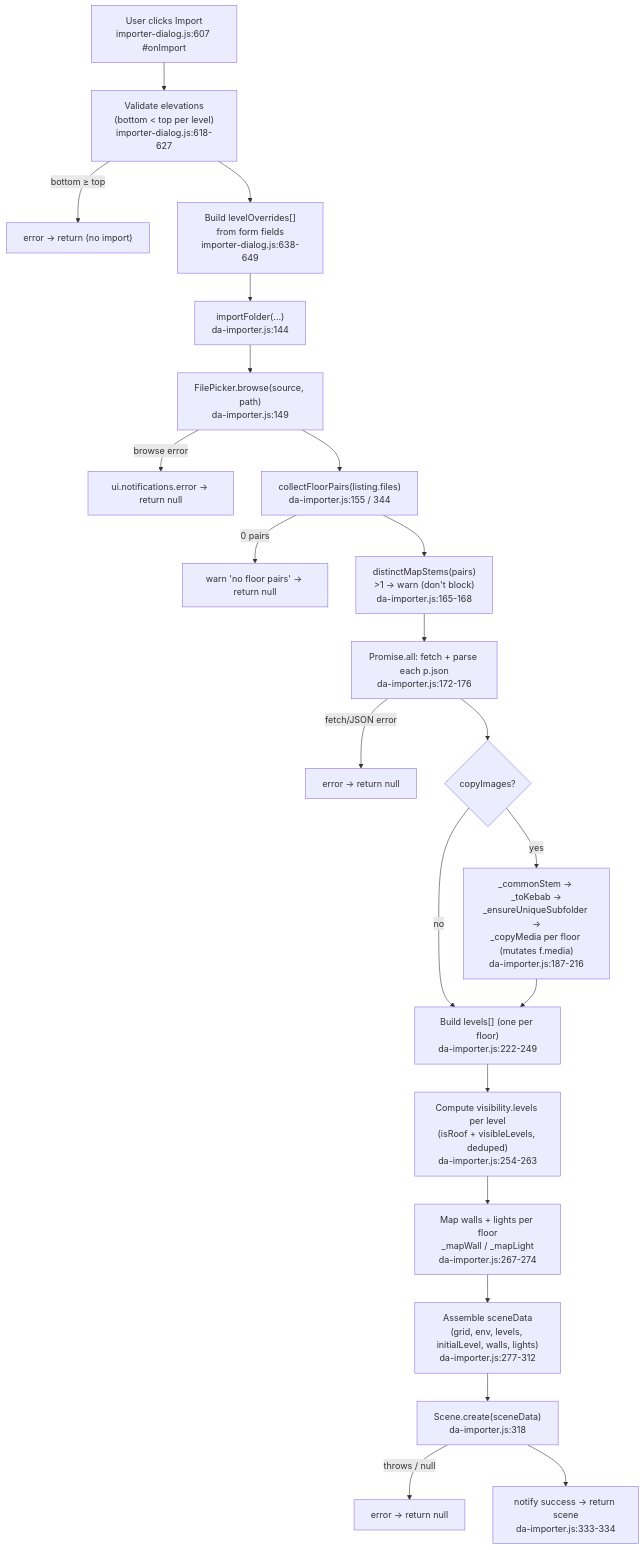
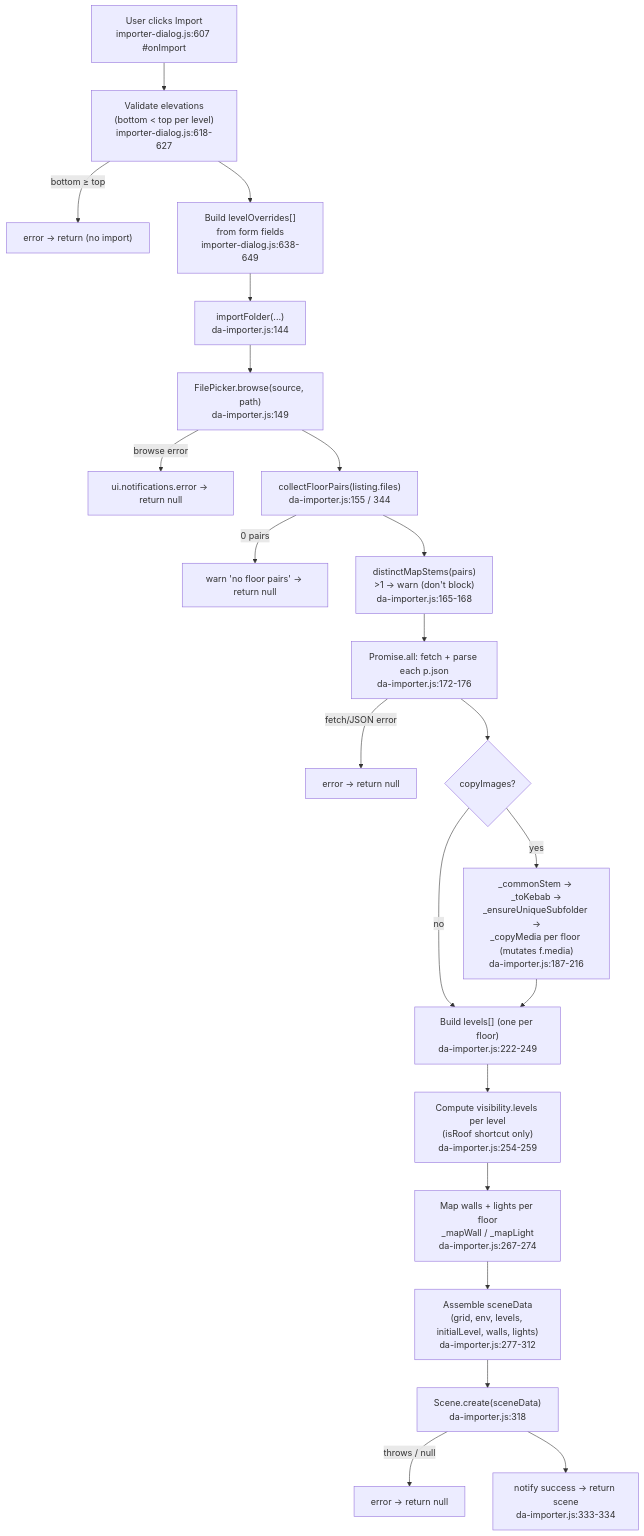
Before and after one commit to keyxmakerx/da-level-importer: the second of 3 diagrams in docs/ARCHITECTURE.md, drawn with Mermaid. The commit also changed other lines of this file, not shown here.

First line of the commit message:
docs: ARCHITECTURE — reflect Visible-Levels removal in the import pipeline

````diff
--- a/docs/ARCHITECTURE.md
+++ b/docs/ARCHITECTURE.md
@@ -152,27 +152,27 @@
 ```mermaid
 flowchart TD
   U["User clicks Import<br/>importer-dialog.js:607 #onImport"] --> EV["Validate elevations<br/>(bottom < top per level)<br/>importer-dialog.js:618-627"]
   EV -->|bottom ≥ top| ERRV["error → return (no import)"]
   EV --> OV["Build levelOverrides[]<br/>from form fields<br/>importer-dialog.js:638-649"]
   OV --> IF["importFolder(...)<br/>da-importer.js:144"]
 
   IF --> BR["FilePicker.browse(source, path)<br/>da-importer.js:149"]
   BR -->|browse error| ERR1["ui.notifications.error → return null"]
   BR --> CFP["collectFloorPairs(listing.files)<br/>da-importer.js:155 / 344"]
   CFP -->|0 pairs| ERR2["warn 'no floor pairs' → return null"]
   CFP --> MIX["distinctMapStems(pairs)<br/>>1 → warn (don't block)<br/>da-importer.js:165-168"]
   MIX --> FETCH["Promise.all: fetch + parse each p.json<br/>da-importer.js:172-176"]
   FETCH -->|fetch/JSON error| ERR3["error → return null"]
 
   FETCH --> COPY{copyImages?}
   COPY -->|yes| CP["_commonStem → _toKebab →<br/>_ensureUniqueSubfolder →<br/>_copyMedia per floor (mutates f.media)<br/>da-importer.js:187-216"]
   COPY -->|no| LV
   CP --> LV["Build levels[] (one per floor)<br/>da-importer.js:222-249"]
 
-  LV --> VIS["Compute visibility.levels per level<br/>(isRoof + visibleLevels, deduped)<br/>da-importer.js:254-263"]
+  LV --> VIS["Compute visibility.levels per level<br/>(isRoof shortcut only)<br/>da-importer.js:254-259"]
   VIS --> WL["Map walls + lights per floor<br/>_mapWall / _mapLight<br/>da-importer.js:267-274"]
   WL --> SD["Assemble sceneData<br/>(grid, env, levels, initialLevel, walls, lights)<br/>da-importer.js:277-312"]
   SD --> SC["Scene.create(sceneData)<br/>da-importer.js:318"]
   SC -->|throws / null| ERR4["error → return null"]
   SC --> OK["notify success → return scene<br/>da-importer.js:333-334"]
 ```
````
